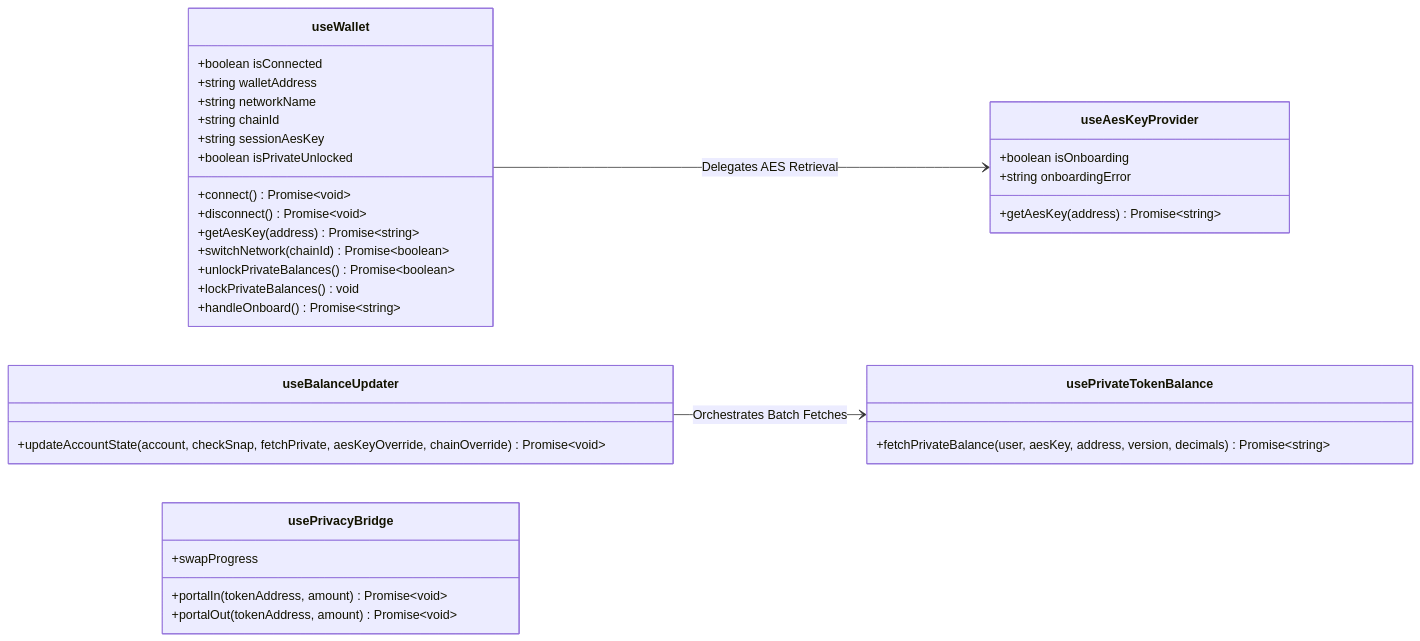
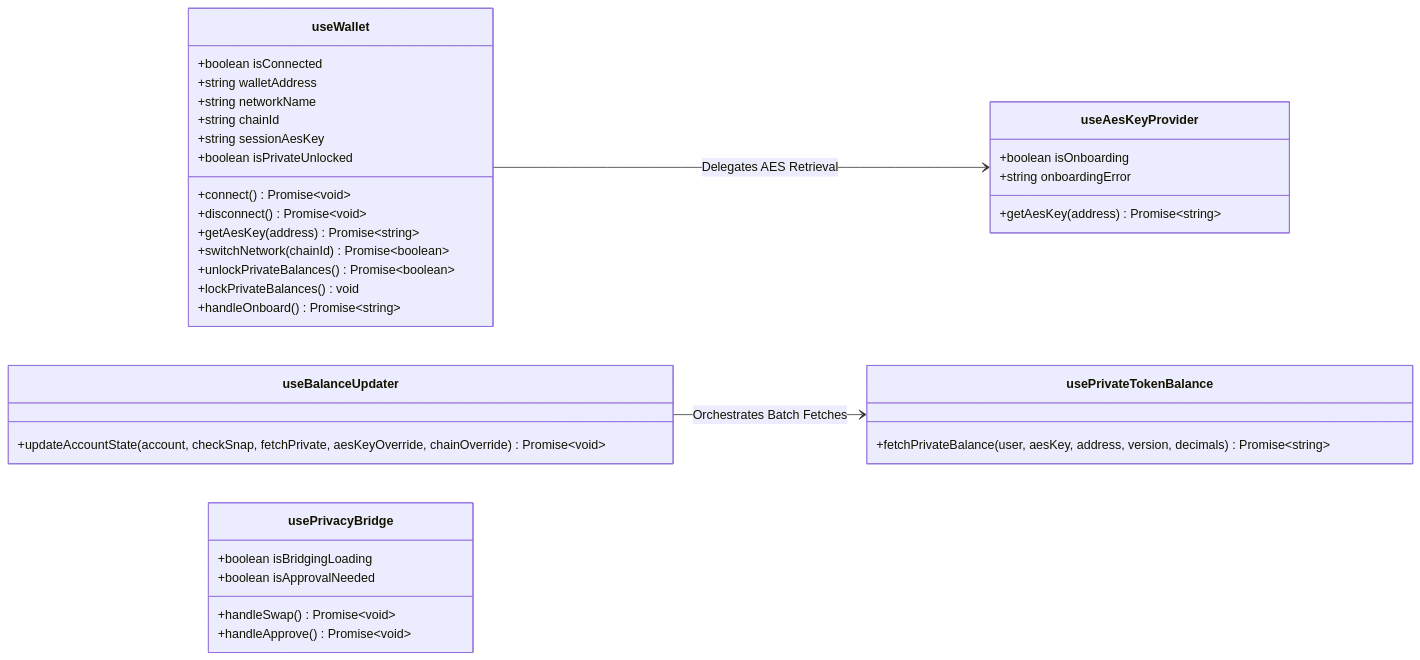
Before and after one commit to coti-io/coti-wallet-plugin: the diagram in README.md, drawn with Mermaid. The commit also changed other lines of this file and 7 other files, not shown here.

````diff
--- a/README.md
+++ b/README.md
@@ -41,43 +39,44 @@
 ```mermaid
 classDiagram
     direction LR
 
     class useWallet {
         +boolean isConnected
         +string walletAddress
         +string networkName
         +string chainId
         +string sessionAesKey
         +boolean isPrivateUnlocked
         +connect() Promise~void~
         +disconnect() Promise~void~
         +getAesKey(address) Promise~string~
         +switchNetwork(chainId) Promise~boolean~
         +unlockPrivateBalances() Promise~boolean~
         +lockPrivateBalances() void
         +handleOnboard() Promise~string~
     }
 
     class usePrivateTokenBalance {
         +fetchPrivateBalance(user, aesKey, address, version, decimals) Promise~string~
     }
 
     class useBalanceUpdater {
       +updateAccountState(account, checkSnap, fetchPrivate, aesKeyOverride, chainOverride) Promise~void~
     }
 
     class usePrivacyBridge {
-        +portalIn(tokenAddress, amount) Promise~void~
-        +portalOut(tokenAddress, amount) Promise~void~
-        +swapProgress
+        +handleSwap() Promise~void~
+        +boolean isBridgingLoading
+        +handleApprove() Promise~void~
+        +boolean isApprovalNeeded
     }
 
     class useAesKeyProvider {
         +boolean isOnboarding
         +string onboardingError
         +getAesKey(address) Promise~string~
     }
 
     useWallet --> useAesKeyProvider : Delegates AES Retrieval
     useBalanceUpdater --> usePrivateTokenBalance : Orchestrates Batch Fetches
 ```
````
